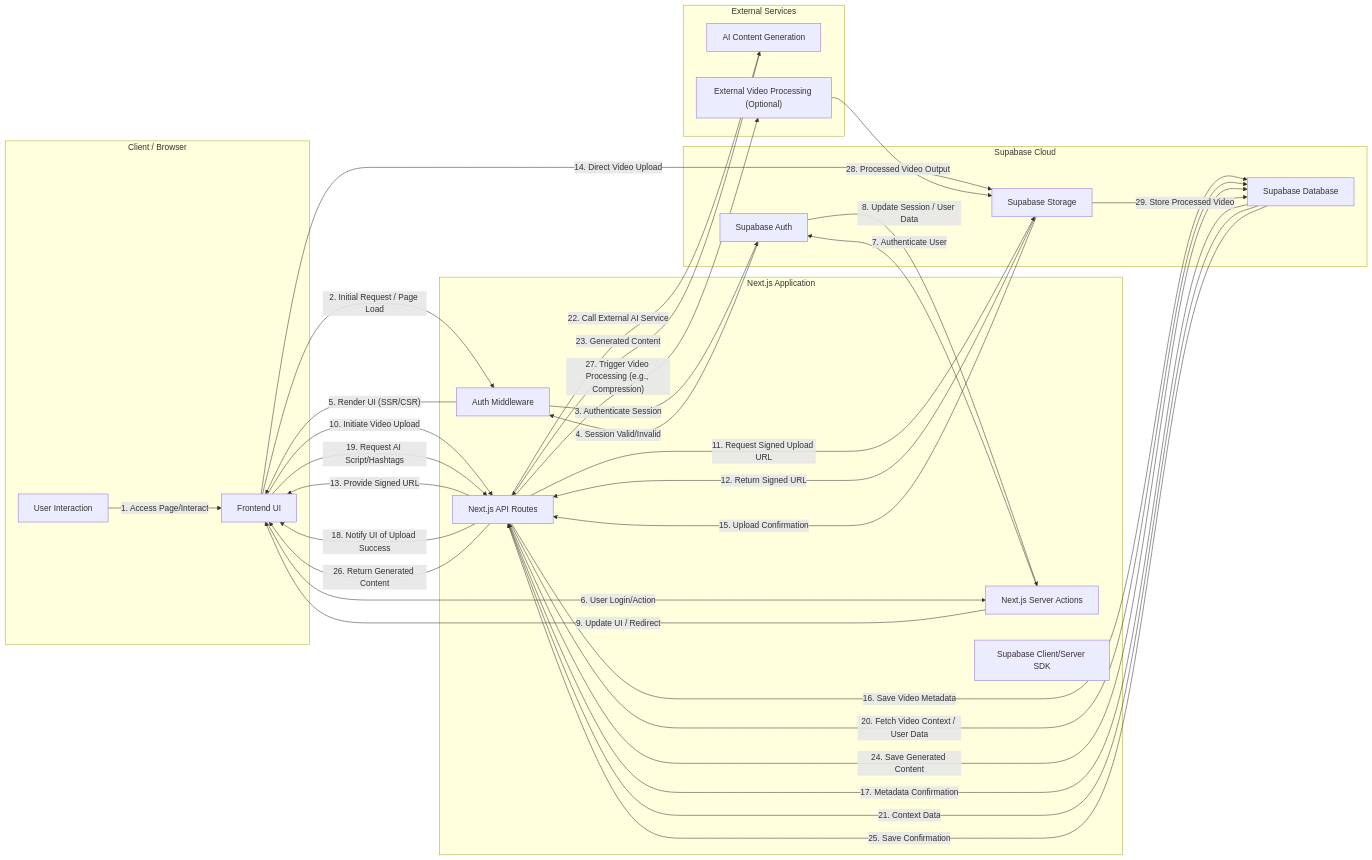
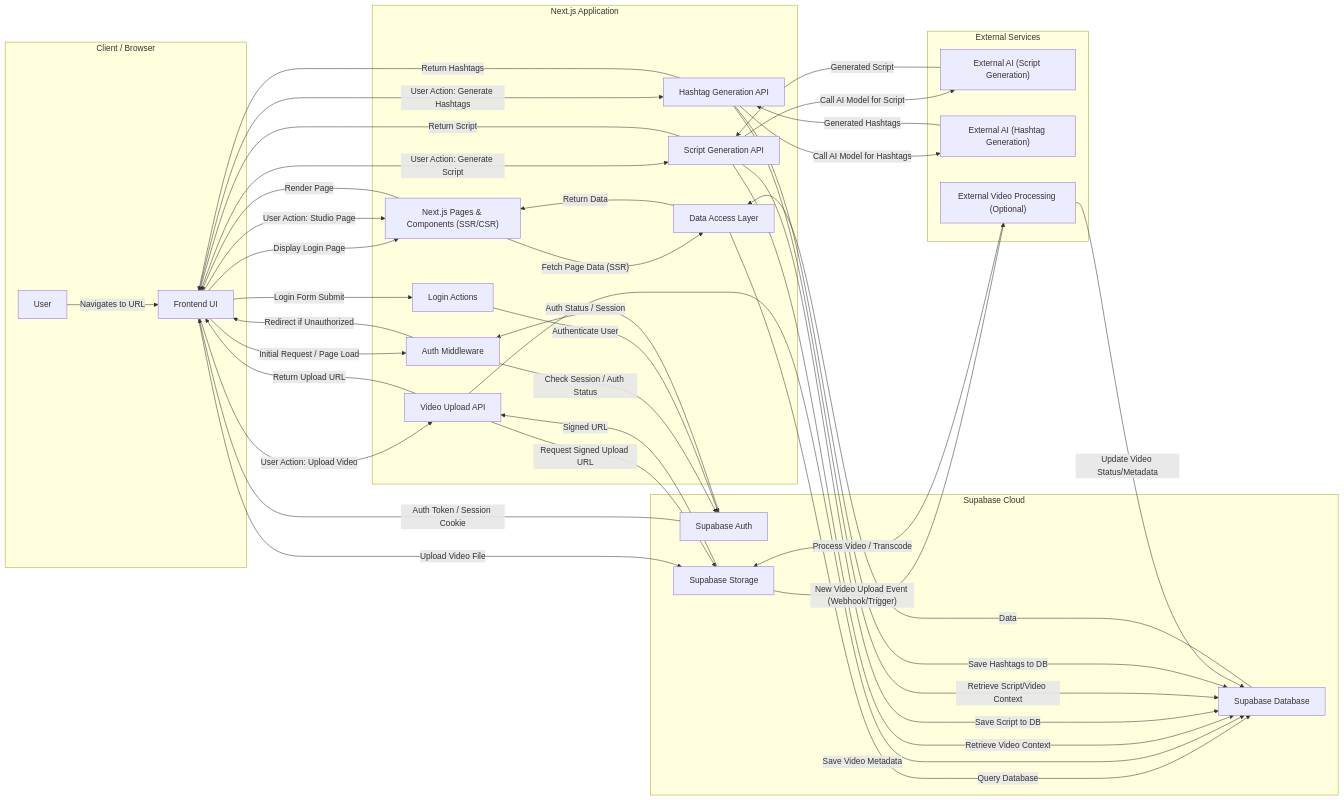
Before and after one commit to token-hoarder/video-to-script-mvp: the diagram in ARCHITECTURE.md, drawn with Mermaid. The commit also changed 1 other file, not shown here.

Commit message:
docs: auto-generate changelog and architecture

````diff
--- a/ARCHITECTURE.md
+++ b/ARCHITECTURE.md
@@ -3,60 +3,74 @@
 ```mermaid
 graph LR
     subgraph "Client / Browser"
-        User["User Interaction"]
-        UI["Frontend UI"]
+        A["User"]
+        B["Frontend UI"]
     end
 
     subgraph "Next.js Application"
-        AM["Auth Middleware"]
-        NSA["Next.js Server Actions"]
-        NAR["Next.js API Routes"]
-        SSC["Supabase Client/Server SDK"]
+        NA["Auth Middleware"]
+        NAL["Login Actions"]
+        NJP["Next.js Pages & Components (SSR/CSR)"]
+        NAVU["Video Upload API"]
+        NAGS["Script Generation API"]
+        NAGH["Hashtag Generation API"]
+        NADAL["Data Access Layer"]
     end
 
     subgraph "Supabase Cloud"
         SA["Supabase Auth"]
-        SD["Supabase Database"]
         SS["Supabase Storage"]
+        SDB["Supabase Database"]
     end
 
     subgraph "External Services"
-        ESAI["AI Content Generation"]
-        ESVP["External Video Processing (Optional)"]
+        EGS["External AI (Script Generation)"]
+        EGH["External AI (Hashtag Generation)"]
+        EVP["External Video Processing (Optional)"]
     end
 
-    User -- "1. Access Page/Interact" --> UI
-    UI -- "2. Initial Request / Page Load" --> AM
-    AM -- "3. Authenticate Session" --> SA
-    SA -- "4. Session Valid/Invalid" --> AM
-    AM -- "5. Render UI (SSR/CSR)" --> UI
+    %% User Request Flow
+    A -- "Navigates to URL" --> B
+    B -- "Initial Request / Page Load" --> NA
+    NA -- "Check Session / Auth Status" --> SA
+    SA -- "Auth Status / Session" --> NA
+    NA -- "Redirect if Unauthorized" --> B
+    B -- "Display Login Page" --> NJP
+    B -- "Login Form Submit" --> NAL
+    NAL -- "Authenticate User" --> SA
+    SA -- "Auth Token / Session Cookie" --> B
 
-    UI -- "6. User Login/Action" --> NSA
-    NSA -- "7. Authenticate User" --> SA
-    SA -- "8. Update Session / User Data" --> NSA
-    NSA -- "9. Update UI / Redirect" --> UI
+    %% Core Application Features (Authenticated Flow)
+    B -- "User Action: Studio Page" --> NJP
+    NJP -- "Fetch Page Data (SSR)" --> NADAL
+    NADAL -- "Query Database" --> SDB
+    SDB -- "Data" --> NADAL
+    NADAL -- "Return Data" --> NJP
+    NJP -- "Render Page" --> B
 
-    UI -- "10. Initiate Video Upload" --> NAR
-    NAR -- "11. Request Signed Upload URL" --> SS
-    SS -- "12. Return Signed URL" --> NAR
-    NAR -- "13. Provide Signed URL" --> UI
-    UI -- "14. Direct Video Upload" --> SS
-    SS -- "15. Upload Confirmation" --> NAR
-    NAR -- "16. Save Video Metadata" --> SD
-    SD -- "17. Metadata Confirmation" --> NAR
-    NAR -- "18. Notify UI of Upload Success" --> UI
+    B -- "User Action: Upload Video" --> NAVU
+    NAVU -- "Request Signed Upload URL" --> SS
+    SS -- "Signed URL" --> NAVU
+    NAVU -- "Save Video Metadata" --> SDB
+    NAVU -- "Return Upload URL" --> B
+    B -- "Upload Video File" --> SS
 
-    UI -- "19. Request AI Script/Hashtags" --> NAR
-    NAR -- "20. Fetch Video Context / User Data" --> SD
-    SD -- "21. Context Data" --> NAR
-    NAR -- "22. Call External AI Service" --> ESAI
-    ESAI -- "23. Generated Content" --> NAR
-    NAR -- "24. Save Generated Content" --> SD
-    SD -- "25. Save Confirmation" --> NAR
-    NAR -- "26. Return Generated Content" --> UI
+    B -- "User Action: Generate Script" --> NAGS
+    NAGS -- "Retrieve Video Context" --> SDB
+    NAGS -- "Call AI Model for Script" --> EGS
+    EGS -- "Generated Script" --> NAGS
+    NAGS -- "Save Script to DB" --> SDB
+    NAGS -- "Return Script" --> B
 
-    NAR -- "27. Trigger Video Processing (e.g., Compression)" --> ESVP
-    ESVP -- "28. Processed Video Output" --> SS
-    SS -- "29. Store Processed Video" --> SD
+    B -- "User Action: Generate Hashtags" --> NAGH
+    NAGH -- "Retrieve Script/Video Context" --> SDB
+    NAGH -- "Call AI Model for Hashtags" --> EGH
+    EGH -- "Generated Hashtags" --> NAGH
+    NAGH -- "Save Hashtags to DB" --> SDB
+    NAGH -- "Return Hashtags" --> B
 
+    %% Optional Video Processing
+    SS -- "New Video Upload Event (Webhook/Trigger)" --> EVP
+    EVP -- "Process Video / Transcode" --> SS
+    EVP -- "Update Video Status/Metadata" --> SDB
 ```
````
